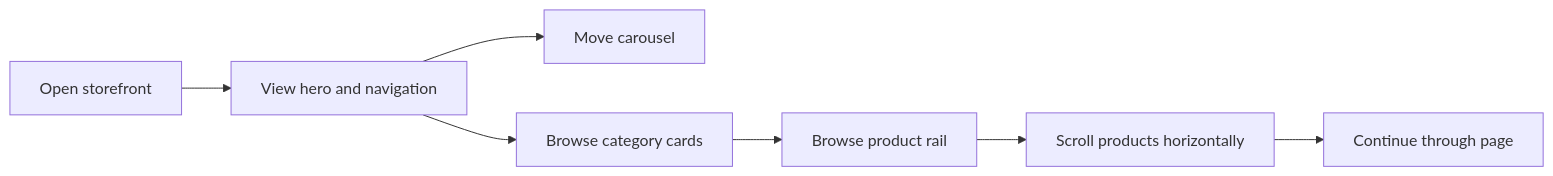
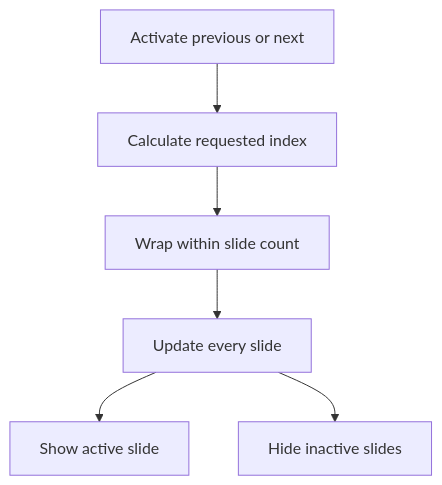
One commit to Brajesh31/Amazon_Clone changed the second of 3 diagrams in README.md. Above: the diagram before and after it, drawn with Mermaid. The commit also changed other lines of this file, not shown here.

````diff
--- a/README.md
+++ b/README.md
@@ -173,9 +271,8 @@
 ```mermaid
-flowchart LR
-    A[Open storefront] --> B[View hero and navigation]
-    B --> C[Move carousel]
-    B --> D[Browse category cards]
-    D --> E[Browse product rail]
-    E --> F[Scroll products horizontally]
-    F --> G[Continue through page]
+flowchart TD
+    A[Activate previous or next] --> B[Calculate requested index]
+    B --> C[Wrap within slide count]
+    C --> D[Update every slide]
+    D --> E[Show active slide]
+    D --> F[Hide inactive slides]
 ```
````
